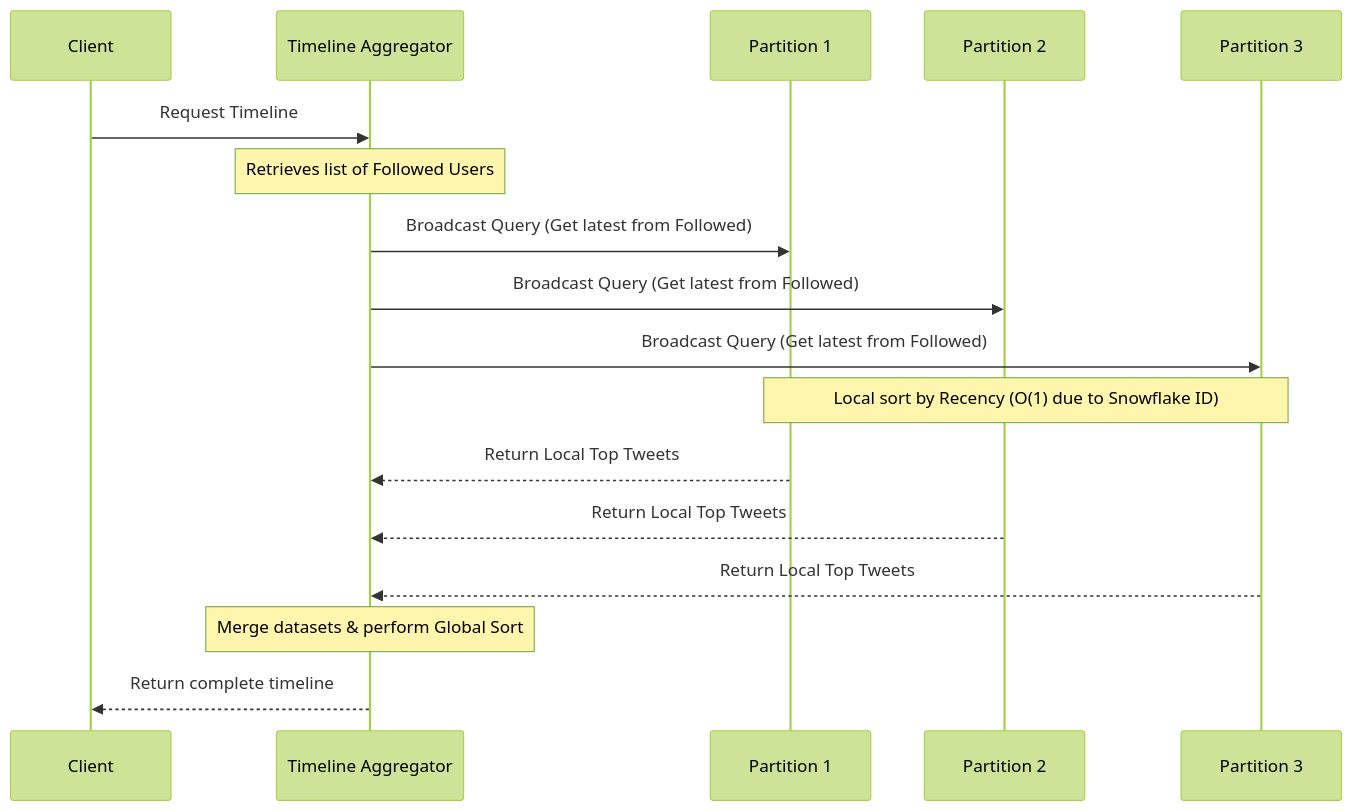
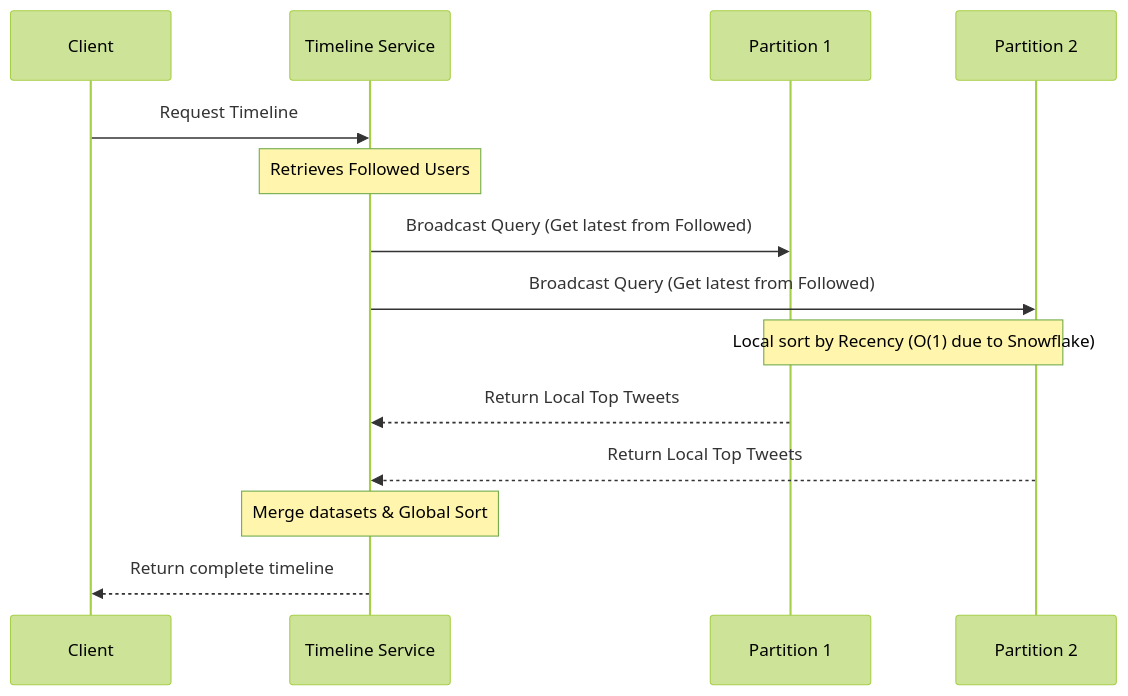
One commit to Ankur-glitchtracer/docs changed the second of 2 diagrams in system_design_hld/architectures/social_media/TWITTER_HLD.md. Above: the diagram before and after it, drawn with Mermaid (forest theme). The commit also changed other lines of this file and 277 other files, not shown here.

````diff
--- a/system_design_hld/architectures/social_media/TWITTER_HLD.md
+++ b/system_design_hld/architectures/social_media/TWITTER_HLD.md
@@ -50,23 +134,20 @@
 ```mermaid
 sequenceDiagram
     participant Client
-    participant Aggregator as Timeline Aggregator
+    participant Aggregator as Timeline Service
     participant DB1 as Partition 1
     participant DB2 as Partition 2
-    participant DB3 as Partition 3
 
     Client->>Aggregator: Request Timeline
-    Note over Aggregator: Retrieves list of Followed Users
+    Note over Aggregator: Retrieves Followed Users
     Aggregator->>DB1: Broadcast Query (Get latest from Followed)
     Aggregator->>DB2: Broadcast Query (Get latest from Followed)
-    Aggregator->>DB3: Broadcast Query (Get latest from Followed)
     
-    Note over DB1,DB3: Local sort by Recency (O(1) due to Snowflake ID)
+    Note over DB1,DB2: Local sort by Recency (O(1) due to Snowflake)
     
     DB1-->>Aggregator: Return Local Top Tweets
     DB2-->>Aggregator: Return Local Top Tweets
-    DB3-->>Aggregator: Return Local Top Tweets
     
-    Note over Aggregator: Merge datasets & perform Global Sort
+    Note over Aggregator: Merge datasets & Global Sort
     Aggregator-->>Client: Return complete timeline
 ```
````
